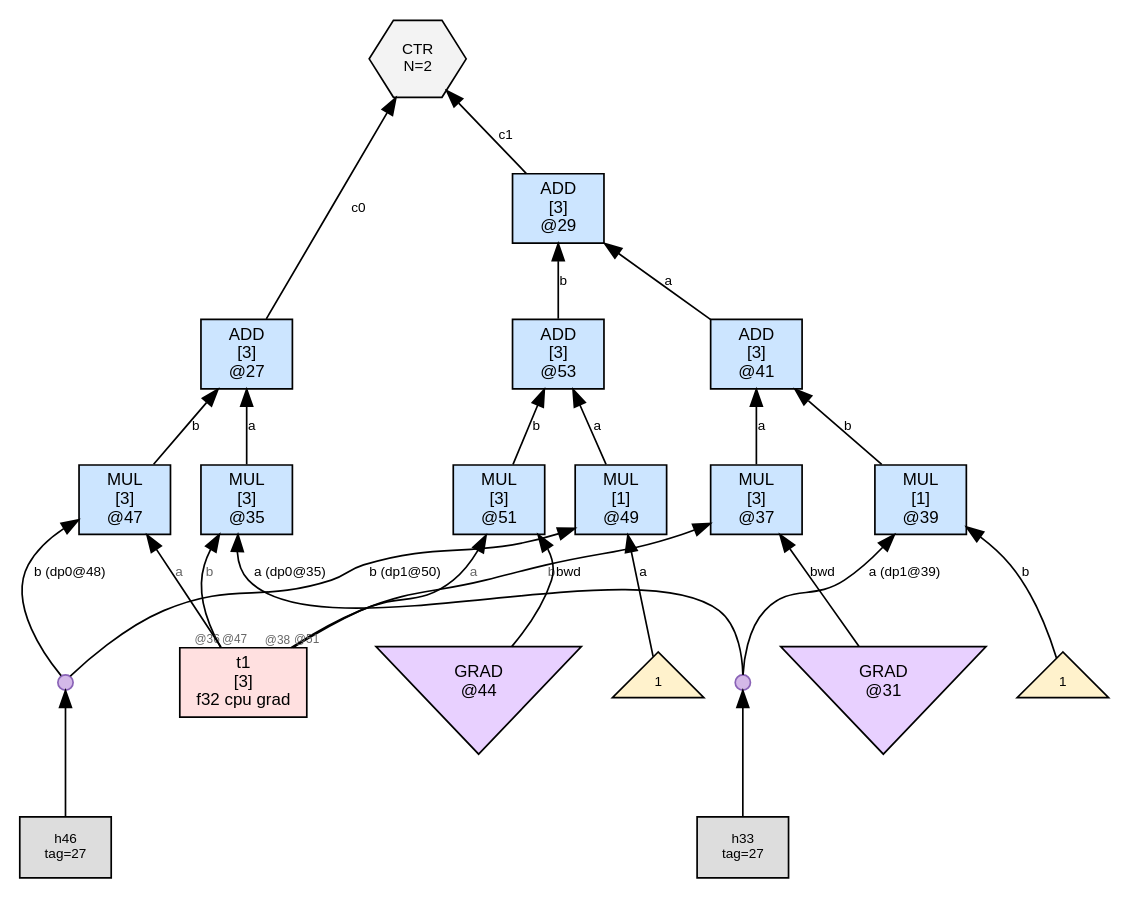
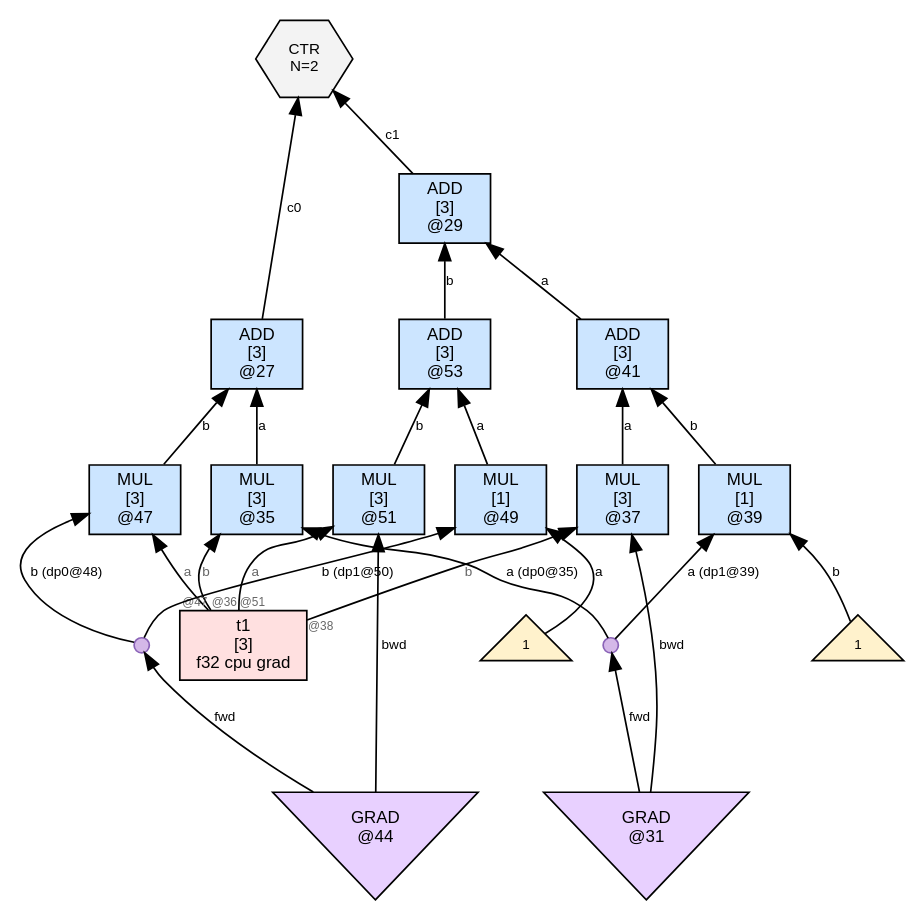
The diagram in wl/examples/thvm_graphs/grad_rules/second_derivative/thvm_2_post_sweep.dot (sw1sh/TinyHVM), drawn with Graphviz before and after one commit. The commit also changed 11 other files, not shown here.

First line of the commit message:
grad: chained-compute test + DUP-chain render for TAG_GF/GB

```diff
--- a/wl/examples/thvm_graphs/grad_rules/second_derivative/thvm_2_post_sweep.dot
+++ b/wl/examples/thvm_graphs/grad_rules/second_derivative/thvm_2_post_sweep.dot
@@ -1,50 +1,48 @@
 digraph G {
   rankdir=BT;
   node [fontname="Helvetica", fontsize=10, style=filled, shape=box, margin="0.1,0.05"];
   edge [fontsize=8, fontname="Helvetica"];
 
   n27 [label="ADD\n[3]\n@27", shape=box, fillcolor="#cce5ff"];
   n35 -> n27 [label="a"];
   n47 -> n27 [label="b"];
   n29 [label="ADD\n[3]\n@29", shape=box, fillcolor="#cce5ff"];
   n41 -> n29 [label="a"];
   n53 -> n29 [label="b"];
   ctr10 [label="CTR\nN=2", shape=hexagon, fillcolor="#f3f3f3", fontsize=9];
   n27 -> ctr10 [label="c0"];
   n29 -> ctr10 [label="c1"];
   n35 [label="MUL\n[3]\n@35", shape=box, fillcolor="#cce5ff"];
   dup33 [label="", shape=circle, width=0.12, height=0.12, fixedsize=true, fillcolor="#d4b8e8", color="#8a63b7", fontsize=1];
-  h33 [label="h33\ntag=27", shape=box, fillcolor="#dddddd", fontsize=8];
-  h33 -> dup33;
+  grad31 [label="GRAD\n@31", shape=invtriangle, fillcolor="#e8d0ff"];
+  grad31 -> dup33 [label="fwd"];
   dup33 -> n35 [label="a (dp0@35)"];
   t1 [label="t1\n[3]\nf32 cpu grad",shape=box,fillcolor="#ffe0e0"];
   t1 -> n35 [label="b",taillabel="@36",labelfontsize=7,fontcolor="#666666"];
   n47 [label="MUL\n[3]\n@47", shape=box, fillcolor="#cce5ff"];
   t1 -> n47 [label="a",taillabel="@47",labelfontsize=7,fontcolor="#666666"];
   dup46 [label="", shape=circle, width=0.12, height=0.12, fixedsize=true, fillcolor="#d4b8e8", color="#8a63b7", fontsize=1];
-  h46 [label="h46\ntag=27", shape=box, fillcolor="#dddddd", fontsize=8];
-  h46 -> dup46;
+  grad44 [label="GRAD\n@44", shape=invtriangle, fillcolor="#e8d0ff"];
+  grad44 -> dup46 [label="fwd"];
   dup46 -> n47 [label="b (dp0@48)"];
   n41 [label="ADD\n[3]\n@41", shape=box, fillcolor="#cce5ff"];
   n37 -> n41 [label="a"];
   n39 -> n41 [label="b"];
   n53 [label="ADD\n[3]\n@53", shape=box, fillcolor="#cce5ff"];
   n49 -> n53 [label="a"];
   n51 -> n53 [label="b"];
   n37 [label="MUL\n[3]\n@37", shape=box, fillcolor="#cce5ff"];
-  grad31 [label="GRAD\n@31", shape=invtriangle, fillcolor="#e8d0ff"];
   grad31 -> n37 [label="bwd"];
   t1 -> n37 [label="b",taillabel="@38",labelfontsize=7,fontcolor="#666666"];
   n39 [label="MUL\n[1]\n@39", shape=box, fillcolor="#cce5ff"];
   dup33 -> n39 [label="a (dp1@39)"];
   num39_1 [label="1",shape=triangle,fillcolor="#fff2cc",fontsize=8];
   num39_1 -> n39 [label="b"];
   n49 [label="MUL\n[1]\n@49", shape=box, fillcolor="#cce5ff"];
   num49_0 [label="1",shape=triangle,fillcolor="#fff2cc",fontsize=8];
   num49_0 -> n49 [label="a"];
   dup46 -> n49 [label="b (dp1@50)"];
   n51 [label="MUL\n[3]\n@51", shape=box, fillcolor="#cce5ff"];
   t1 -> n51 [label="a",taillabel="@51",labelfontsize=7,fontcolor="#666666"];
-  grad44 [label="GRAD\n@44", shape=invtriangle, fillcolor="#e8d0ff"];
   grad44 -> n51 [label="bwd"];
 }
```
